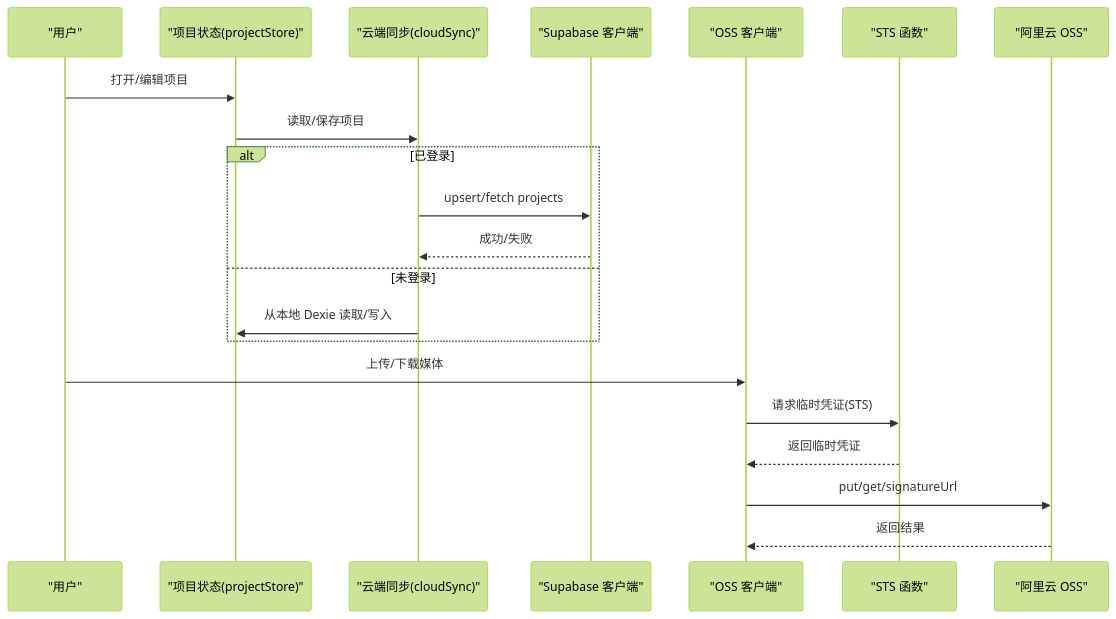
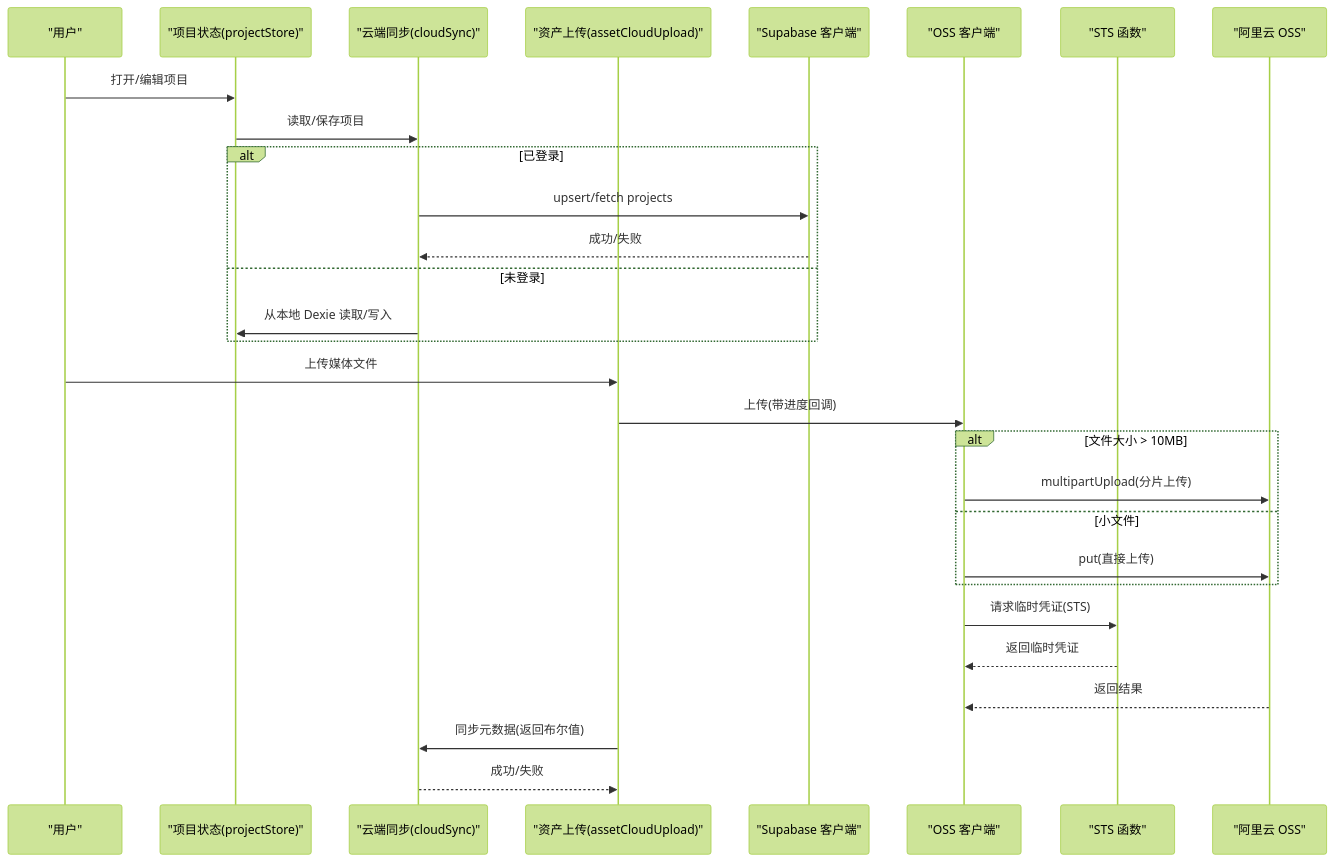
The second of 5 diagrams in .qoder/repowiki/zh/content/协作同步系统/云端同步.md (suqi-bot/SuQCanvas), drawn with Mermaid (forest theme) before and after one commit. The commit also changed other lines of this file and 69 other files, not shown here.

````diff
--- a/.qoder/repowiki/zh/content/协作同步系统/云端同步.md
+++ b/.qoder/repowiki/zh/content/协作同步系统/云端同步.md
@@ -119,23 +150,31 @@
 ```mermaid
 sequenceDiagram
 participant U as "用户"
 participant P as "项目状态(projectStore)"
 participant C as "云端同步(cloudSync)"
+participant A as "资产上传(assetCloudUpload)"
 participant S as "Supabase 客户端"
 participant O as "OSS 客户端"
 participant F as "STS 函数"
 participant B as "阿里云 OSS"
 U->>P : 打开/编辑项目
 P->>C : 读取/保存项目
 alt 已登录
 C->>S : upsert/fetch projects
 S-->>C : 成功/失败
 else 未登录
 C->>P : 从本地 Dexie 读取/写入
 end
-U->>O : 上传/下载媒体
+U->>A : 上传媒体文件
+A->>O : 上传(带进度回调)
+alt 文件大小 > 10MB
+O->>B : multipartUpload(分片上传)
+else 小文件
+O->>B : put(直接上传)
+end
 O->>F : 请求临时凭证(STS)
 F-->>O : 返回临时凭证
-O->>B : put/get/signatureUrl
 B-->>O : 返回结果
+A->>C : 同步元数据(返回布尔值)
+C-->>A : 成功/失败
 ```
````
